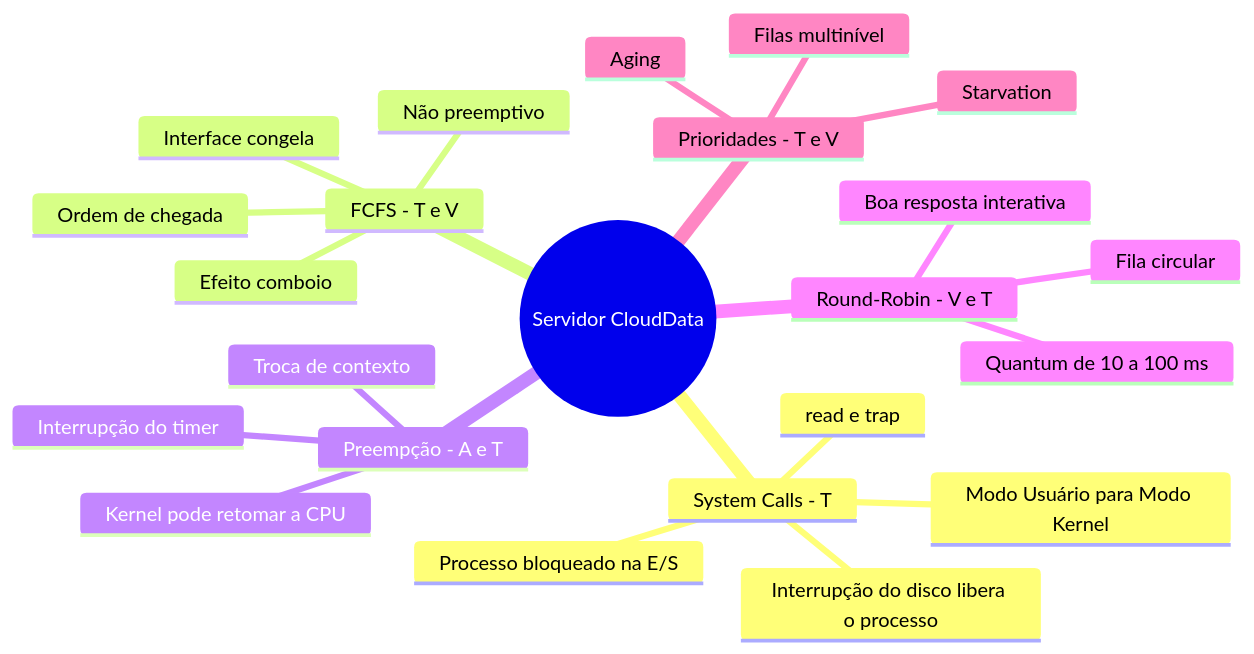
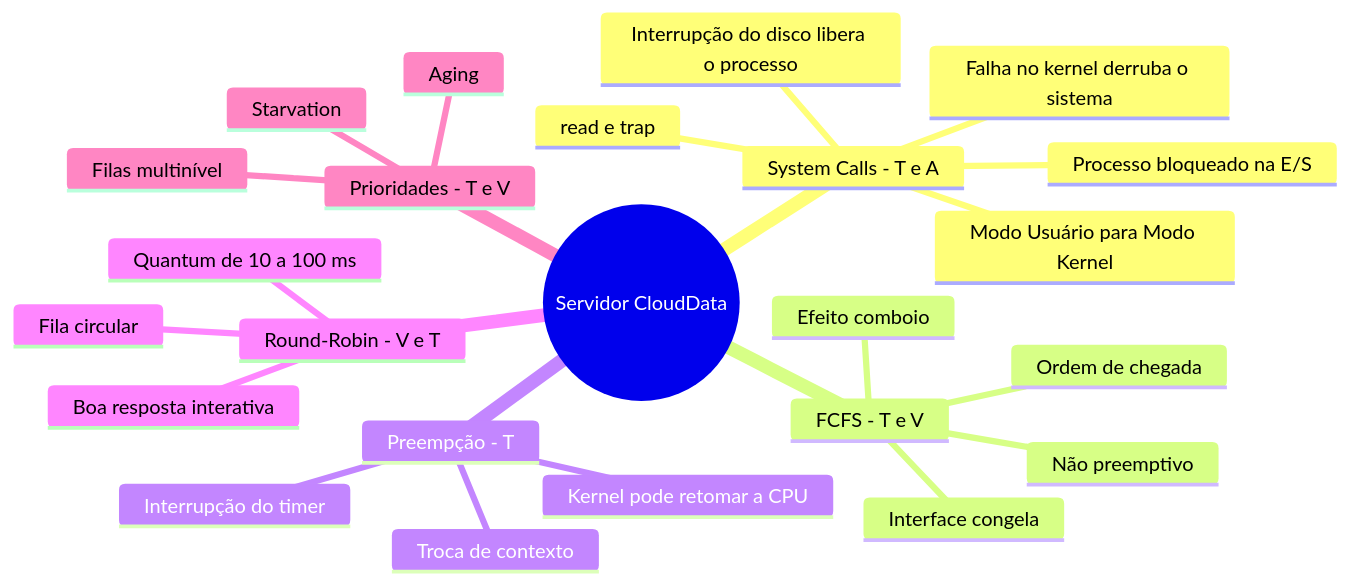
The diagram in README.md (Yaswsxz/DiarioDeBordo6), drawn with Mermaid before and after one commit. The commit also changed other lines of this file, not shown here.

````diff
--- a/README.md
+++ b/README.md
@@ -144,26 +144,27 @@
 ```mermaid
 mindmap
   root((Servidor CloudData))
-    System Calls - T
+    System Calls - T e A
       read e trap
       Modo Usuário para Modo Kernel
+      Falha no kernel derruba o sistema
       Processo bloqueado na E/S
       Interrupção do disco libera o processo
     FCFS - T e V
       Ordem de chegada
       Não preemptivo
       Efeito comboio
       Interface congela
-    Preempção - A e T
+    Preempção - T
       Interrupção do timer
       Kernel pode retomar a CPU
       Troca de contexto
     Round-Robin - V e T
       Quantum de 10 a 100 ms
       Fila circular
       Boa resposta interativa
     Prioridades - T e V
       Starvation
       Aging
       Filas multinível
 ```
````
